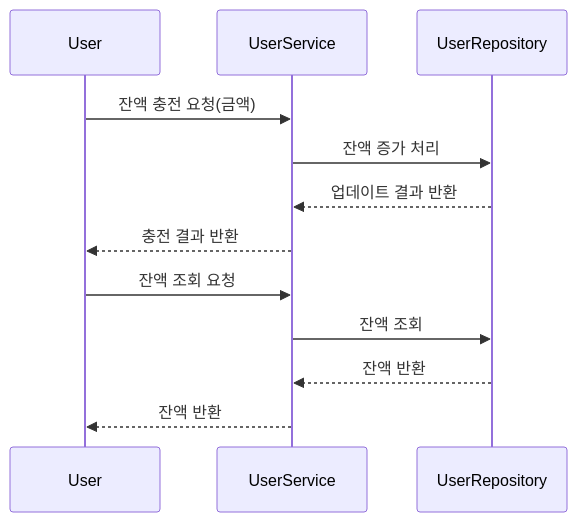
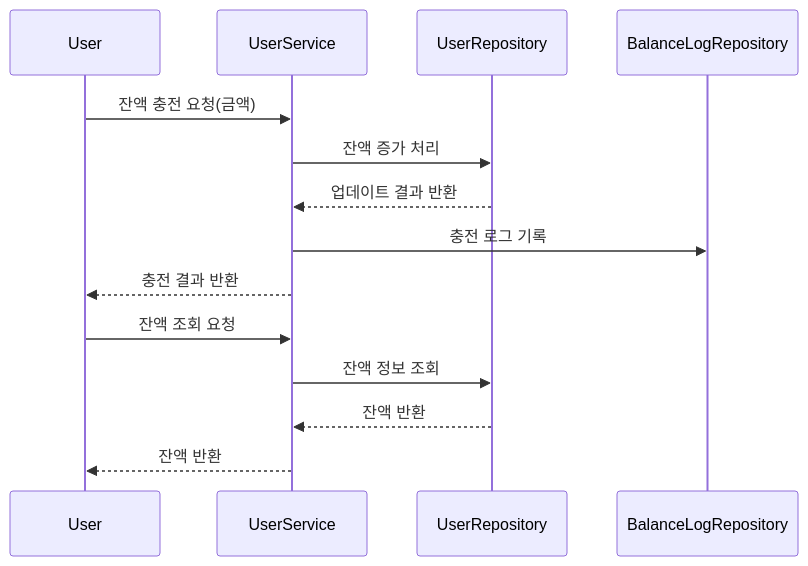
One commit to minu-study/ticketing-platform changed the seventh of 8 diagrams in README.md. Above: the diagram before and after it, drawn with Mermaid. The commit also changed other lines of this file, not shown here.

Commit message:
docs: 요구사항 분석에 따라 다이어그램 수정

````diff
--- a/README.md
+++ b/README.md
@@ -312,16 +368,18 @@
 ```mermaid
 sequenceDiagram
     participant User
     participant UserService
     participant UserRepository
+    participant BalanceLogRepository
 
     User->>UserService: 잔액 충전 요청(금액)
     UserService->>UserRepository: 잔액 증가 처리
     UserRepository-->>UserService: 업데이트 결과 반환
+    UserService->>BalanceLogRepository: 충전 로그 기록
     UserService-->>User: 충전 결과 반환
 
     User->>UserService: 잔액 조회 요청
-    UserService->>UserRepository: 잔액 조회
+    UserService->>UserRepository: 잔액 정보 조회
     UserRepository-->>UserService: 잔액 반환
     UserService-->>User: 잔액 반환
 ```
````
